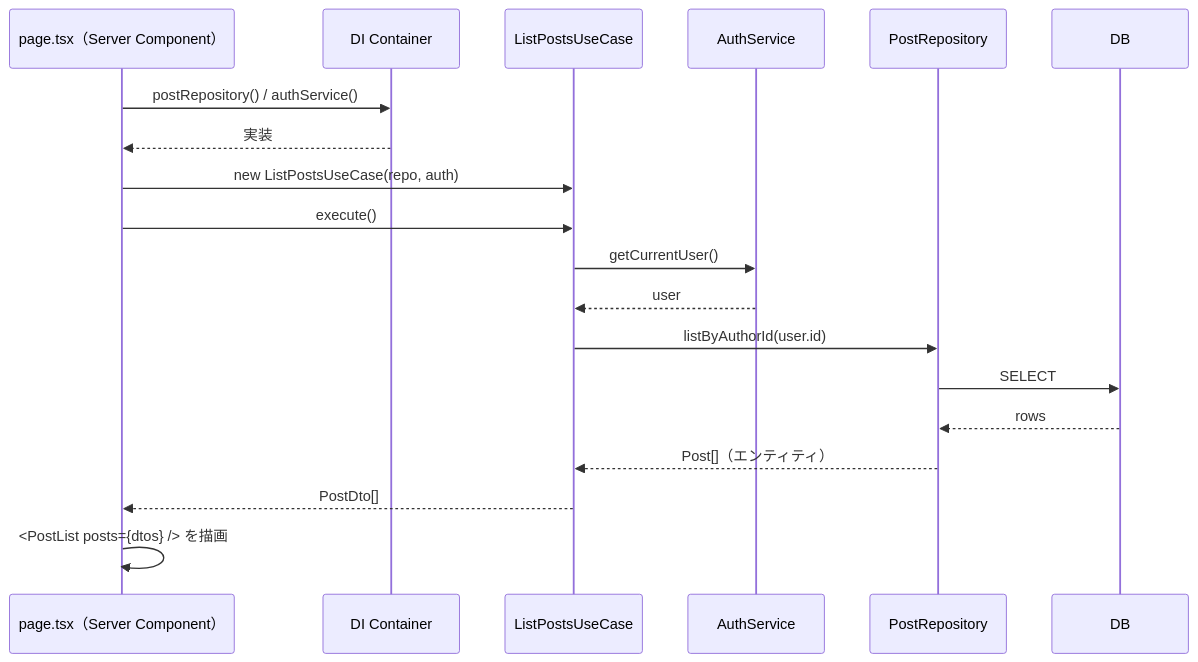
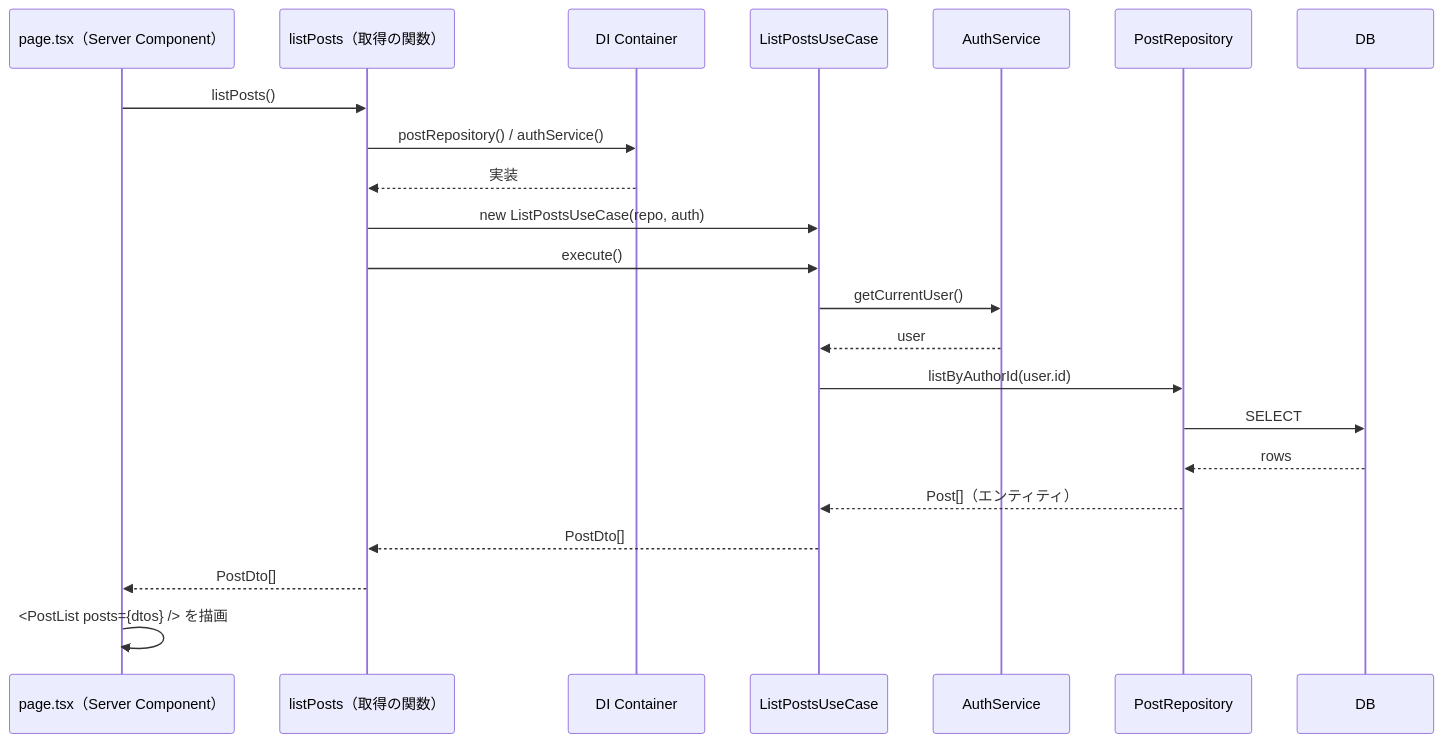
One commit to m-eiichi/next-dev-env changed the third of 4 diagrams in docs/01_全体設計/06_アーキテクチャ.md. Above: the diagram before and after it, drawn with Mermaid. The commit also changed other lines of this file and 32 other files, not shown here.

````diff
--- a/docs/01_全体設計/06_アーキテクチャ.md
+++ b/docs/01_全体設計/06_アーキテクチャ.md
@@ -611,22 +665,25 @@
 ```mermaid
 sequenceDiagram
     participant Page as page.tsx（Server Component）
+    participant Query as listPosts（取得の関数）
     participant Container as DI Container
     participant UC as ListPostsUseCase
     participant Auth as AuthService
     participant Repo as PostRepository
     participant DB as DB
 
-    Page->>Container: postRepository() / authService()
-    Container-->>Page: 実装
-    Page->>UC: new ListPostsUseCase(repo, auth)
-    Page->>UC: execute()
+    Page->>Query: listPosts()
+    Query->>Container: postRepository() / authService()
+    Container-->>Query: 実装
+    Query->>UC: new ListPostsUseCase(repo, auth)
+    Query->>UC: execute()
     UC->>Auth: getCurrentUser()
     Auth-->>UC: user
     UC->>Repo: listByAuthorId(user.id)
     Repo->>DB: SELECT
     DB-->>Repo: rows
     Repo-->>UC: Post[]（エンティティ）
-    UC-->>Page: PostDto[]
+    UC-->>Query: PostDto[]
+    Query-->>Page: PostDto[]
     Page->>Page: <PostList posts={dtos} /> を描画
 ```
````
